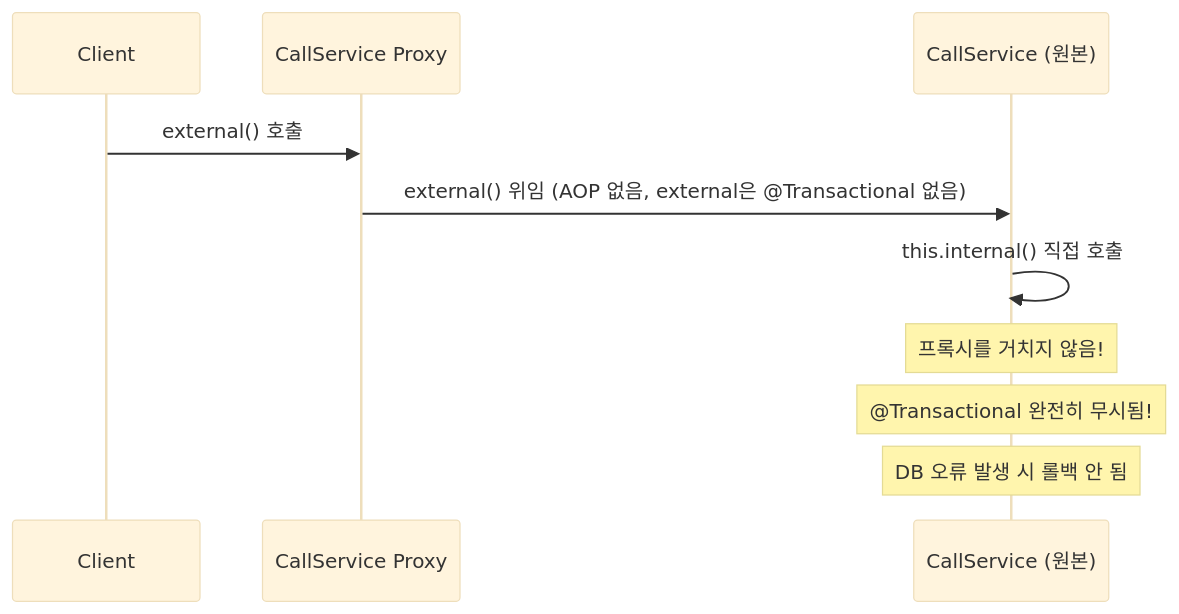
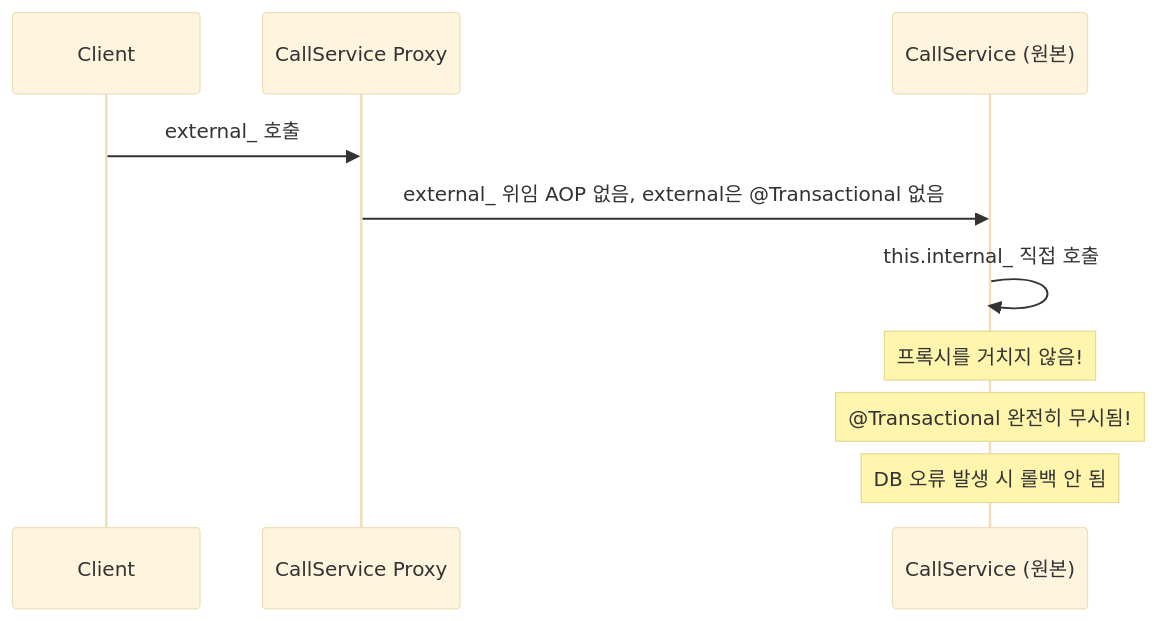
One commit to yjkim2015/yjkim2015.github.io changed the tenth of 11 diagrams in _posts/spring/2026-05-02-spring-core-advanced.md. Above: the diagram before and after it, drawn with Mermaid (base theme). The commit also changed other lines of this file and 85 other files, not shown here.

First line of the commit message:
sequenceDiagram 문법 에러 2차 수정 169개 (86파일)

````diff
--- a/_posts/spring/2026-05-02-spring-core-advanced.md
+++ b/_posts/spring/2026-05-02-spring-core-advanced.md
@@ -632,12 +632,12 @@
 ```mermaid
 sequenceDiagram
     participant C as Client
     participant P as CallService Proxy
     participant T as CallService (원본)
-    C->>P: external() 호출
-    P->>T: external() 위임 (AOP 없음, external은 @Transactional 없음)
-    T->>T: this.internal() 직접 호출
+    C->>P: external_ 호출
+    P->>T: external_ 위임 AOP 없음, external은 @Transactional 없음
+    T->>T: this.internal_ 직접 호출
     Note over T: 프록시를 거치지 않음!
     Note over T: @Transactional 완전히 무시됨!
     Note over T: DB 오류 발생 시 롤백 안 됨
 ```
````
